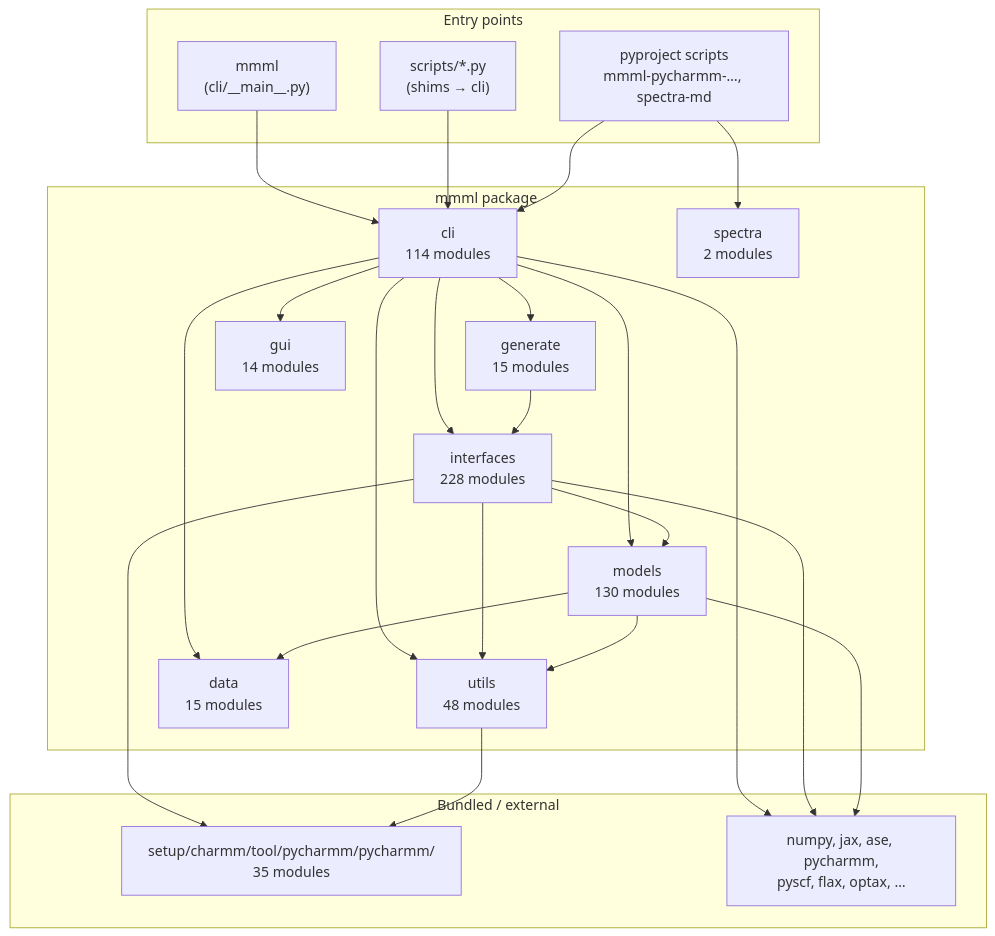
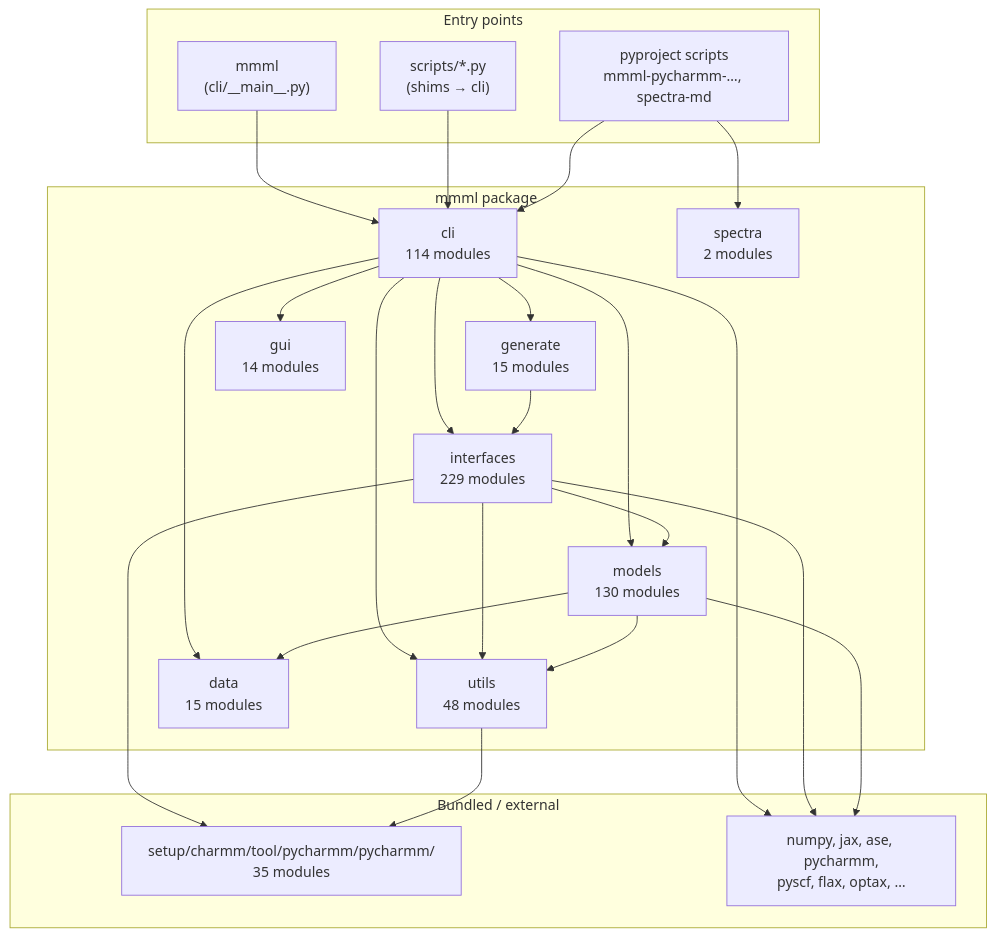
One commit to EricBoittier/mmml changed the first of 8 diagrams in docs/package-architecture.md. Above: the diagram before and after it, drawn with Mermaid. The commit also changed 1 other file, not shown here.

Commit message:
refactor(cli): improve argument parsing and enhance imports in md_system.py
This commit refines the argument parsing in `md_system.py` by introducing a check for help requests, allowing for a more efficient handling of command-line arguments. Additionally, it enhances the import structure by including necessary constants from the `pycharmmInterface`, optimizing the setup for the `build_pycharmm_command` function. These changes aim to streamline the command execution process and improve performance during CLI help requests.

````diff
--- a/docs/package-architecture.md
+++ b/docs/package-architecture.md
@@ -13,48 +13,48 @@
 ```mermaid
 flowchart TB
   subgraph entry["Entry points"]
     MMML["mmml\n(cli/__main__.py)"]
     SCRIPTS["scripts/*.py\n(shims → cli)"]
     PKG["pyproject scripts\nmmml-pycharmm-…, spectra-md"]
   end
 
   subgraph mmml_pkg["mmml package"]
     CLI["cli\n114 modules"]
-    IFACE["interfaces\n228 modules"]
+    IFACE["interfaces\n229 modules"]
     MODELS["models\n130 modules"]
     UTILS["utils\n48 modules"]
     DATA["data\n15 modules"]
     GEN["generate\n15 modules"]
     GUI["gui\n14 modules"]
     SPEC["spectra\n2 modules"]
   end
 
   subgraph vendor["Bundled / external"]
     PYCH["setup/charmm/tool/pycharmm/pycharmm/\n35 modules"]
     EXT["numpy, jax, ase, pycharmm,\npyscf, flax, optax, …"]
   end
 
   MMML --> CLI
   SCRIPTS --> CLI
   PKG --> CLI
   PKG --> SPEC
 
   CLI --> IFACE
   CLI --> MODELS
   CLI --> DATA
   CLI --> UTILS
   CLI --> GEN
   CLI --> GUI
 
   IFACE --> MODELS
   IFACE --> UTILS
   IFACE --> PYCH
   MODELS --> UTILS
   MODELS --> DATA
   UTILS --> PYCH
   GEN --> IFACE
 
   CLI --> EXT
   IFACE --> EXT
   MODELS --> EXT
 ```
````
